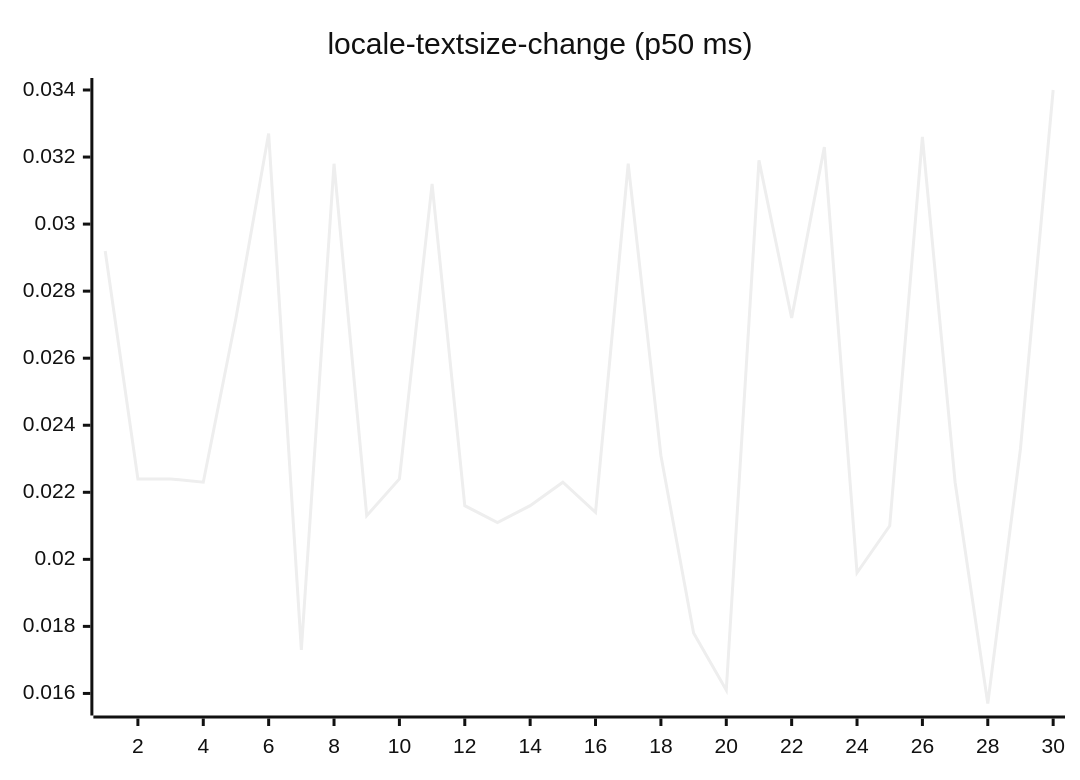
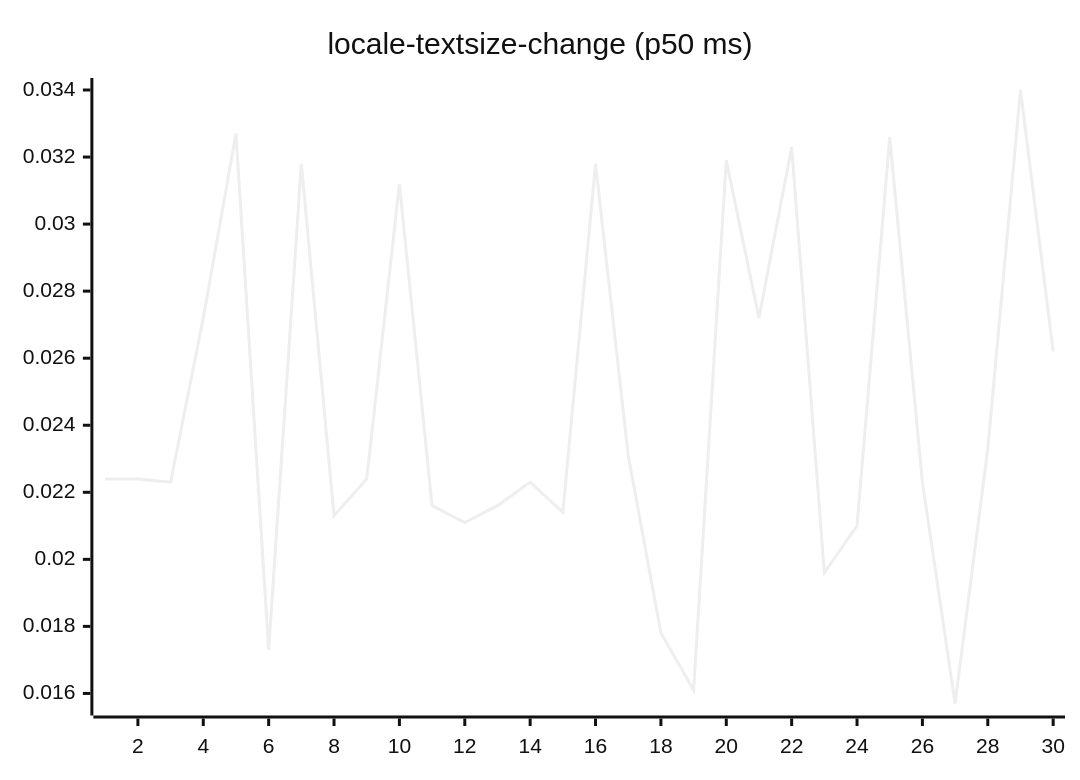
Diagram 13 of 27 in README.md (josha/Facet), drawn with Mermaid (neutral theme) before and after one commit. The commit also changed other lines of this file and 2 other files, not shown here.

````diff
--- a/README.md
+++ b/README.md
@@ -147,6 +147,6 @@
 ```mermaid
 xychart-beta
     title "locale-textsize-change (p50 ms)"
     x-axis 1 --> 30
-    line [0.0292, 0.0224, 0.0224, 0.0223, 0.0272, 0.0327, 0.0173, 0.0318, 0.0213, 0.0224, 0.0312, 0.0216, 0.0211, 0.0216, 0.0223, 0.0214, 0.0318, 0.0231, 0.0178, 0.0161, 0.0319, 0.0272, 0.0323, 0.0196, 0.0210, 0.0326, 0.0223, 0.0157, 0.0233, 0.0340]
+    line [0.0224, 0.0224, 0.0223, 0.0272, 0.0327, 0.0173, 0.0318, 0.0213, 0.0224, 0.0312, 0.0216, 0.0211, 0.0216, 0.0223, 0.0214, 0.0318, 0.0231, 0.0178, 0.0161, 0.0319, 0.0272, 0.0323, 0.0196, 0.0210, 0.0326, 0.0223, 0.0157, 0.0233, 0.0340, 0.0262]
 ```
````
